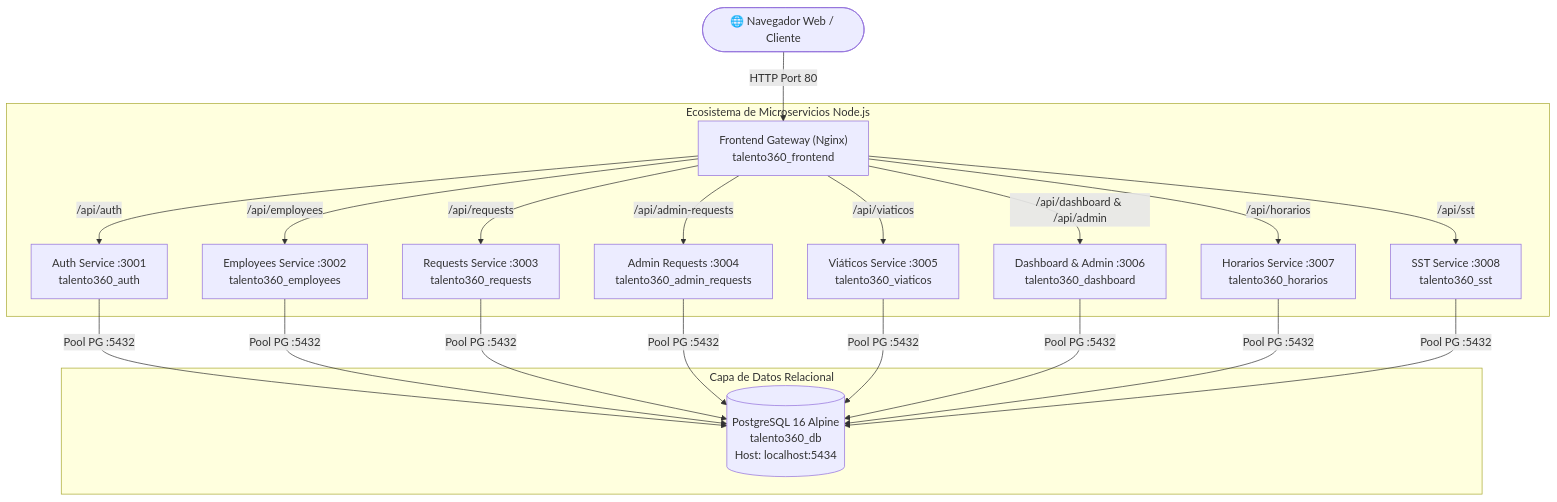
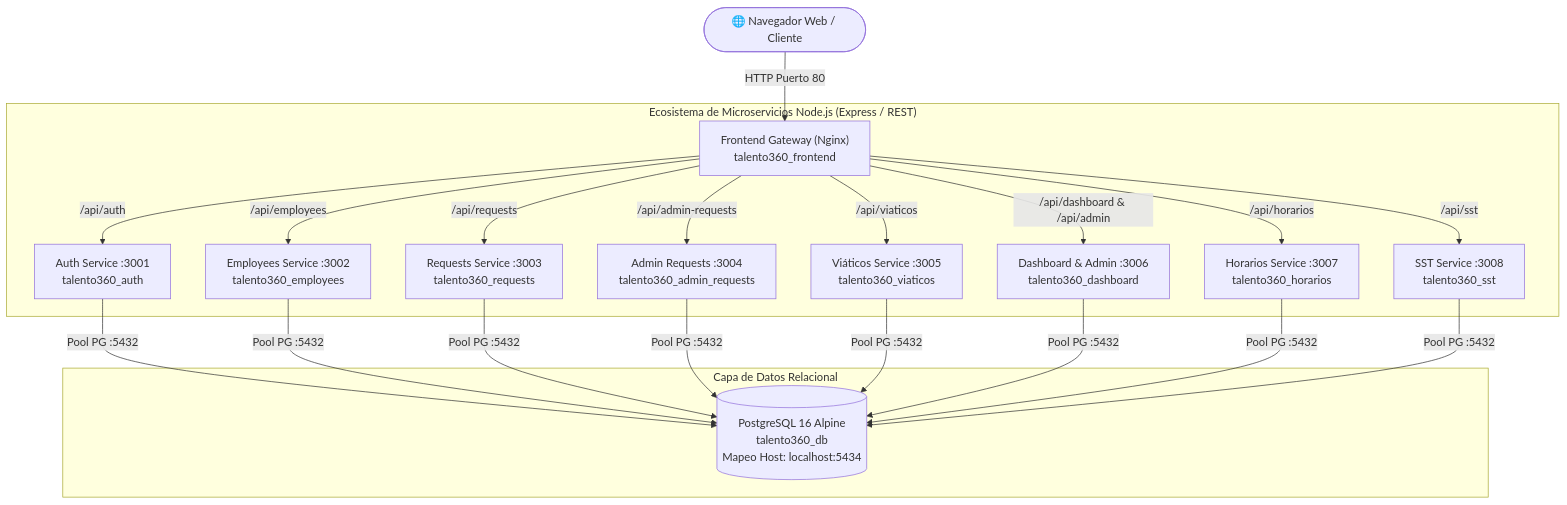
One commit to JuanEstebanSilva/talentoHumano360 changed the diagram in README.md. Above: the diagram before and after it, drawn with Mermaid. The commit also changed other lines of this file and 25 other files, not shown here.

````diff
--- a/README.md
+++ b/README.md
@@ -92,26 +237,26 @@
 ```mermaid
 flowchart TD
-    Client(["🌐 Navegador Web / Cliente"]) -->|HTTP Port 80| Nginx["Frontend Gateway (Nginx)<br/>talento360_frontend"]
+    Client(["🌐 Navegador Web / Cliente"]) -->|HTTP Puerto 80| Nginx["Frontend Gateway (Nginx)<br/>talento360_frontend"]
     
-    subgraph Microservicios ["Ecosistema de Microservicios Node.js"]
+    subgraph Microservicios ["Ecosistema de Microservicios Node.js (Express / REST)"]
         Nginx -->|/api/auth| Auth["Auth Service :3001<br/>talento360_auth"]
         Nginx -->|/api/employees| Emp["Employees Service :3002<br/>talento360_employees"]
         Nginx -->|/api/requests| Req["Requests Service :3003<br/>talento360_requests"]
         Nginx -->|/api/admin-requests| AdmReq["Admin Requests :3004<br/>talento360_admin_requests"]
         Nginx -->|/api/viaticos| Viat["Viáticos Service :3005<br/>talento360_viaticos"]
         Nginx -->|/api/dashboard & /api/admin| Dash["Dashboard & Admin :3006<br/>talento360_dashboard"]
         Nginx -->|/api/horarios| Hor["Horarios Service :3007<br/>talento360_horarios"]
         Nginx -->|/api/sst| SST["SST Service :3008<br/>talento360_sst"]
     end
 
     subgraph Persistencia ["Capa de Datos Relacional"]
-        Auth -->|Pool PG :5432| DB[("PostgreSQL 16 Alpine<br/>talento360_db<br/>Host: localhost:5434")]
+        Auth -->|Pool PG :5432| DB[("PostgreSQL 16 Alpine<br/>talento360_db<br/>Mapeo Host: localhost:5434")]
         Emp -->|Pool PG :5432| DB
         Req -->|Pool PG :5432| DB
         AdmReq -->|Pool PG :5432| DB
         Viat -->|Pool PG :5432| DB
         Dash -->|Pool PG :5432| DB
         Hor -->|Pool PG :5432| DB
         SST -->|Pool PG :5432| DB
     end
 ```
````
